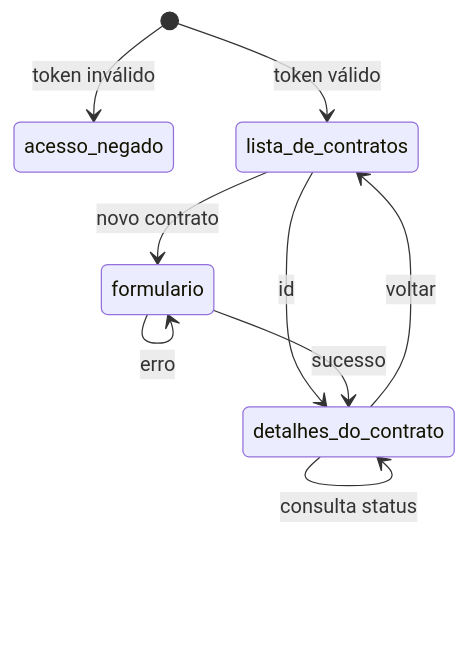
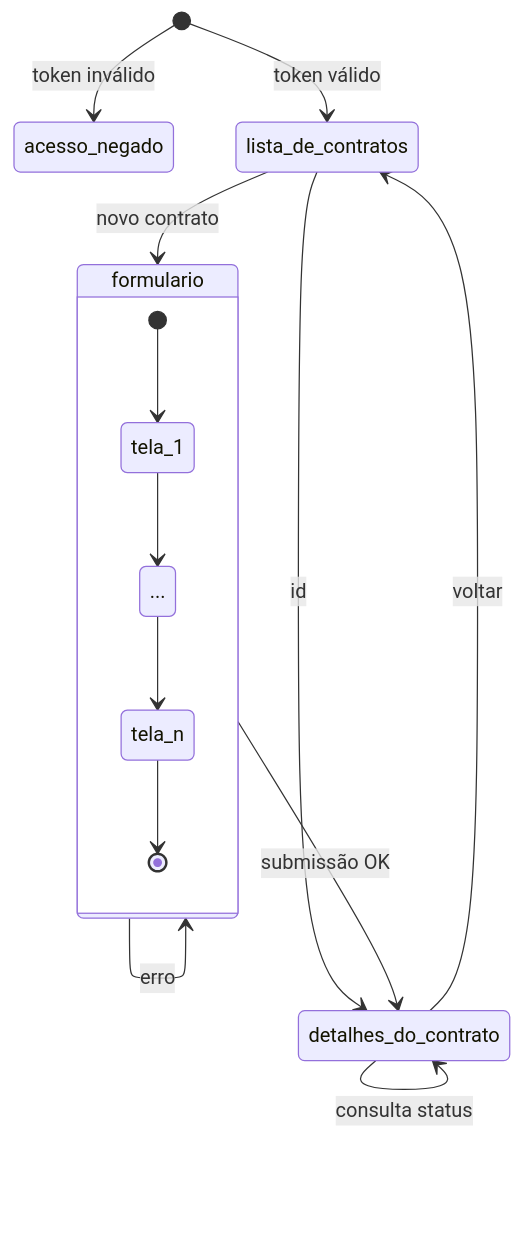
One commit to jaxyendy/wizard-ui changed the first of 3 diagrams in README.md. Above: the diagram before and after it, drawn with Mermaid.

Commit message:
expande o state formulario para ilustrar que podem ter varios passos

````diff
--- a/README.md
+++ b/README.md
@@ -37,11 +37,17 @@
 ```mermaid
 stateDiagram-v2
     [*] --> acesso_negado: token inválido
     [*] --> lista_de_contratos: token válido
     lista_de_contratos --> detalhes_do_contrato: id
     lista_de_contratos --> formulario: novo contrato
+    state formulario {
+      [*] --> tela_1
+      tela_1 --> ...
+      ... --> tela_n
+      tela_n --> [*]
+    }
     formulario --> formulario: erro
-    formulario --> detalhes_do_contrato: sucesso
+    formulario --> detalhes_do_contrato: submissão OK
     detalhes_do_contrato --> detalhes_do_contrato: consulta status
     detalhes_do_contrato --> lista_de_contratos: voltar
 ```
````
